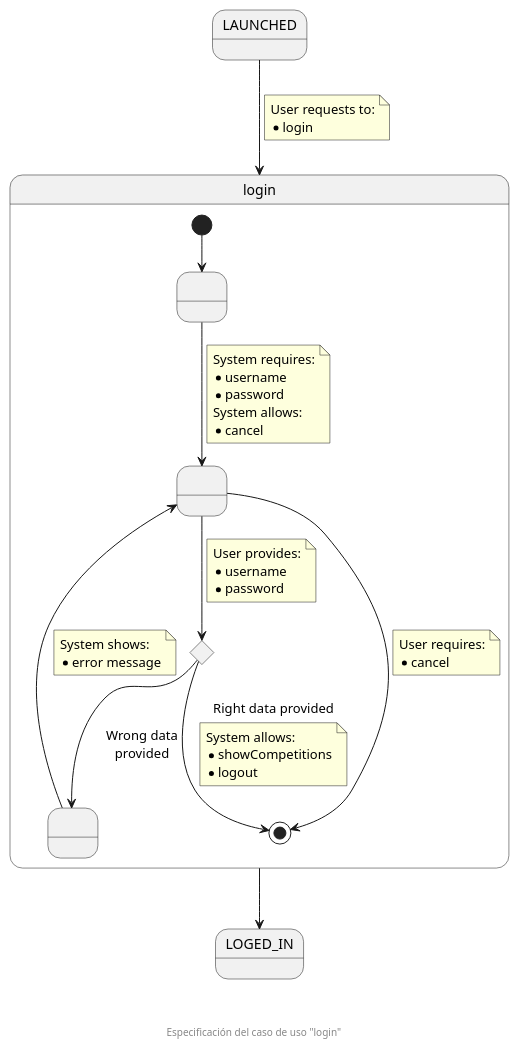
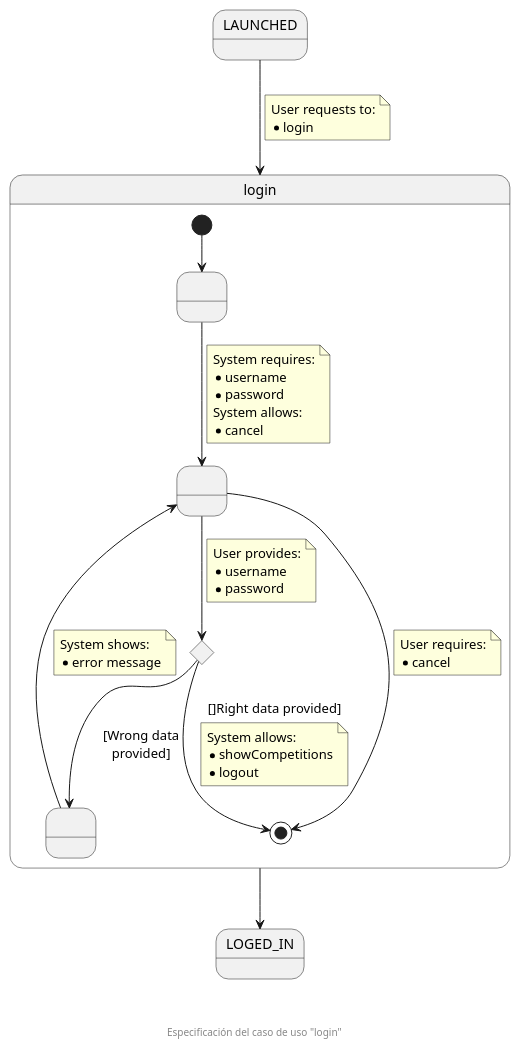
One commit to zuldare/mastercloud_pfm_halterocms changed the diagram in documentation/diagrams/1_requirements/3_useCasesSpecification/02_login.puml. Above: the diagram before and after it, drawn with PlantUML. The commit also changed 5 other files, not shown here.

```diff
--- a/documentation/diagrams/1_requirements/3_useCasesSpecification/02_login.puml
+++ b/documentation/diagrams/1_requirements/3_useCasesSpecification/02_login.puml
@@ -1,52 +1,52 @@
 @startuml
 state login {
 
   state " " as start
   state " " as requiredData
   state " " as wrongData
   state " " as isValidDataCHC <<choice>>
   [*] --> start
   start --> requiredData
   note on link
     System requires:
     * username
     * password
     System allows:
     * cancel
   end note
   requiredData -->  isValidDataCHC
   note on link
     User provides:
     * username
     * password
   end note
-  isValidDataCHC --> wrongData : Wrong data\nprovided
+  isValidDataCHC --> wrongData : [Wrong data\nprovided]
   wrongData --> requiredData
   note on link
     System shows:
     * error message
   end note
-  isValidDataCHC --> [*] : Right data provided
+  isValidDataCHC --> [*] : []Right data provided]
   note on link
     System allows:
     * showCompetitions
     * logout
   end note
   requiredData --> [*]
   note on link
     User requires:
     * cancel
   end note
 
 }
 state LOGED_IN
 
 LAUNCHED --> login
 note on link
   User requests to:
   * login
 end note
 login --> LOGED_IN
 
 footer \n\n\n Especificación del caso de uso "login"
 @enduml
```
